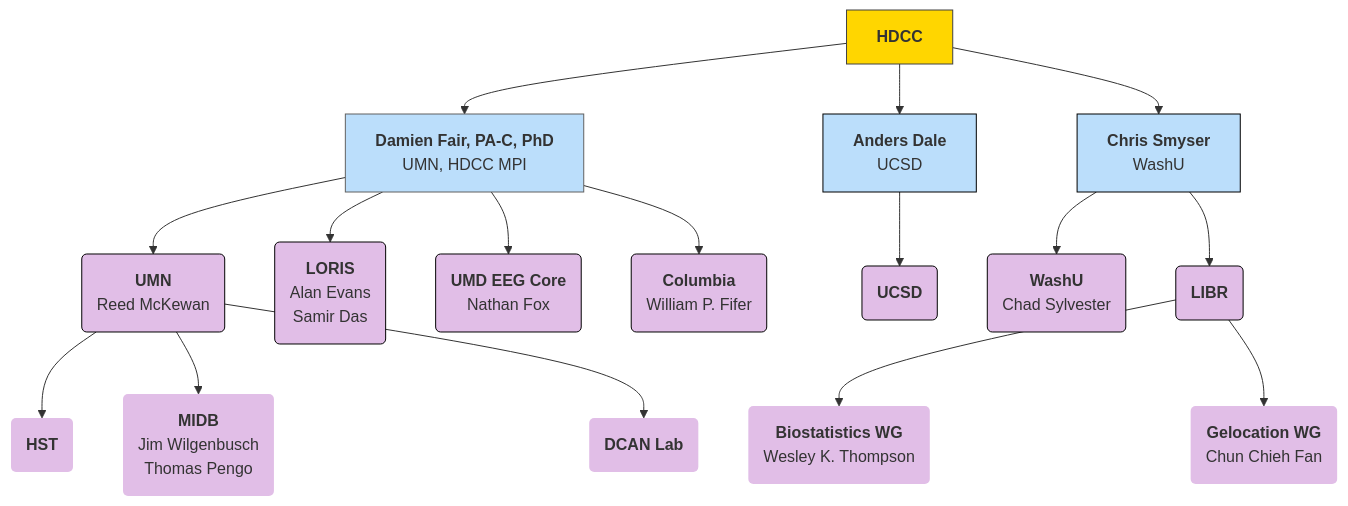
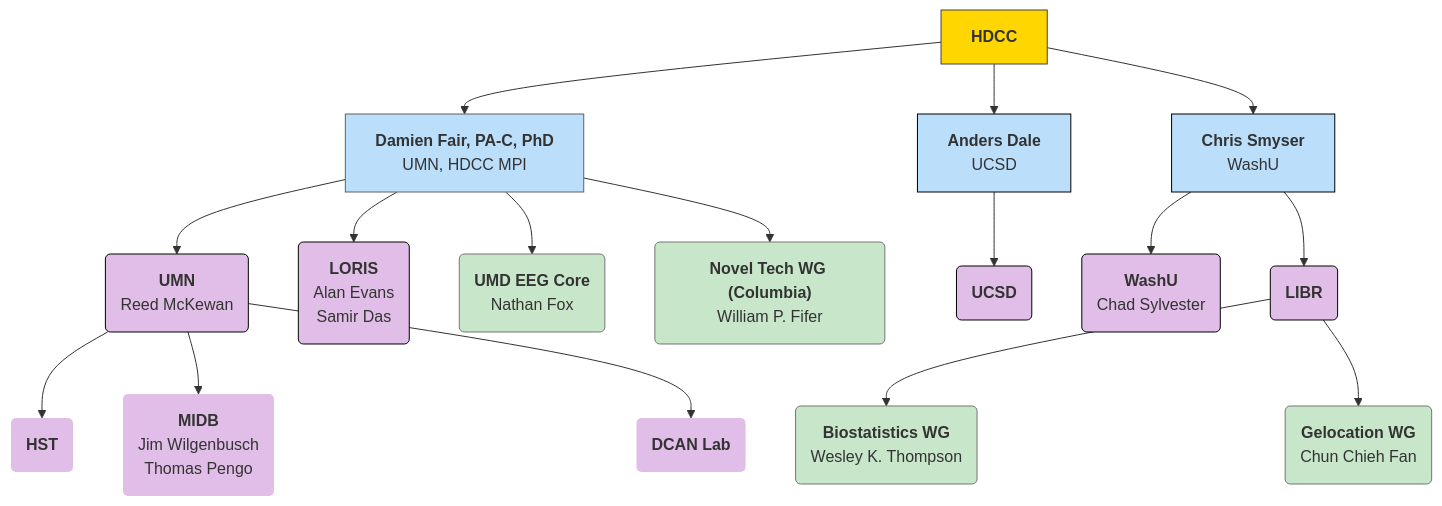
Before and after one commit to DCAN-Labs/hbcd-docs-internal: the first of 10 diagrams in docs/orgcharts.md, drawn with Mermaid.

Commit message:
update overview

````diff
--- a/docs/orgcharts.md
+++ b/docs/orgcharts.md
@@ -6,56 +6,56 @@
 ```mermaid
 ---
 config:
   layout: dagre
 ---
 flowchart TB
     A["<strong>HDCC</strong>"] --> E["<b>Damien Fair, PA-C, PhD</b><br>UMN, HDCC MPI"] & n1["<b>Chris Smyser</b><br>WashU"] & n2["<b>Anders Dale</b><br>UCSD"]
-    E --> umn["<b>UMN</b><br>Reed McKewan"] & n7["<b>LORIS</b><br>Alan Evans<br>Samir Das"] & n8["<b>UMD EEG Core</b><br>Nathan Fox"] & n11["<b>Columbia</b><br>William P. Fifer"]
+    E --> umn["<b>UMN</b><br>Reed McKewan"] & n7["<b>LORIS</b><br>Alan Evans<br>Samir Das"] & n8["<b>UMD EEG Core</b><br>Nathan Fox"] & n11["<b>Novel Tech WG (Columbia)</b><br>William P. Fifer"]
     umn --> hst["<b>HST</b>"] & midb["<b>MIDB</b><br>Jim Wilgenbusch<br>Thomas Pengo"] & n6["<b>DCAN Lab</b>"]
     n2 --> n9["<b>UCSD</b>"]
     n1 --> n10["<b>WashU</b><br>Chad Sylvester"] & n12["<b>LIBR</b>"]
     n12 --> n13["<b>Biostatistics WG<br></b>Wesley K. Thompson"] & n14["<b>Gelocation WG</b><br>Chun Chieh Fan"]
     A@{ shape: rect}
     E@{ shape: rect}
     n1@{ shape: rect}
     n2@{ shape: rect}
     umn@{ shape: rounded}
     n7@{ shape: rounded}
     n8@{ shape: rounded}
     n11@{ shape: rounded}
     hst@{ shape: rounded}
     midb@{ shape: rounded}
     n6@{ shape: rounded}
     n9@{ shape: rounded}
     n10@{ shape: rounded}
     n12@{ shape: rounded}
     n13@{ shape: rounded}
     n14@{ shape: rounded}
     style A fill:#FFD600,stroke:#424242
     style E fill:#BBDEFB,stroke:#616161
     style n1 fill:#BBDEFB,stroke:#000000
     style n2 fill:#BBDEFB,stroke:#000000
     style umn fill:#E1BEE7,stroke:#000000
     style n7 fill:#E1BEE7,stroke:#000000
-    style n8 fill:#E1BEE7,stroke:#000000
-    style n11 fill:#E1BEE7,stroke:#000000
+    style n8 fill:#C8E6C9,stroke:#757575
+    style n11 fill:#C8E6C9,stroke:#757575
     style hst stroke:none,fill:#E1BEE7
     style midb fill:#E1BEE7,stroke:none
     style n6 fill:#E1BEE7,stroke:none
     style n9 fill:#E1BEE7,stroke:#000000
     style n10 fill:#E1BEE7,stroke:#000000
     style n12 fill:#E1BEE7,stroke:#000000
-    style n13 fill:#E1BEE7,stroke:none
-    style n14 fill:#E1BEE7,stroke:none
+    style n13 fill:#C8E6C9,stroke:#757575
+    style n14 fill:#C8E6C9,stroke:#757575
     click umn "#university-of-minnesota"
     click n7 "#loris"
     click n8 "#umd-eeg-core"
     click n11 "#columbia-university"
     click hst "#health-sciences-technology"
     click midb "#midb-informatics-hub-msi"
     click n6 "#dcan-lab"
     click n9 "#ucsd"
     click n10 "#washu"
     click n13 "#thompson"
     click n14 "#fan"
 ```
````
